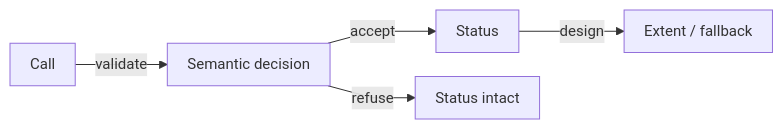
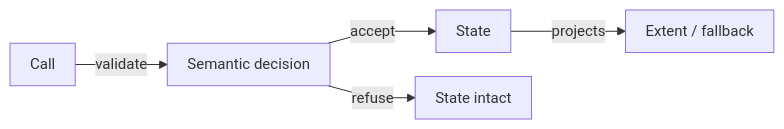
Diagram 12 of 18 in atf-reporting/README.md (crististefanita/atf_j0), drawn with Mermaid before and after one commit. The commit also changed other lines of this file and 13 other files, not shown here.

````diff
--- a/atf-reporting/README.md
+++ b/atf-reporting/README.md
@@ -1431,8 +1317,8 @@
 ```mermaid
 %%{init: {"themeVariables":{"fontSize":"15px"},"themeCSS":".nodeLabel, .nodeLabel p { font-size: 15px !important; line-height: 1.35 !important; } .edgeLabel, .edgeLabel p { font-size: 12px !important; font-weight: 400 !important; line-height: 1.2 !important; } .edgeLabel .labelBkg, .edgeLabel p { background: transparent !important; } .edgeLabel foreignObject { transform: translateY(-18px); overflow: visible; } .node rect { rx: 6px; ry: 6px; }","flowchart":{"curve":"linear","nodeSpacing":24,"rankSpacing":40,"padding":10,"diagramPadding":16}}}%%
 flowchart LR
     Caller["Call"] -->|validate| Decision["Semantic decision"]
-    Decision -->|accept| State["Status"]
-    State -->|design| Renderer["Extent / fallback"]
-    Decision -->|refuse| Intact["Status intact"]
+    Decision -->|accept| State["State"]
+    State -->|projects| Renderer["Extent / fallback"]
+    Decision -->|refuse| Intact["State intact"]
 ```
````
